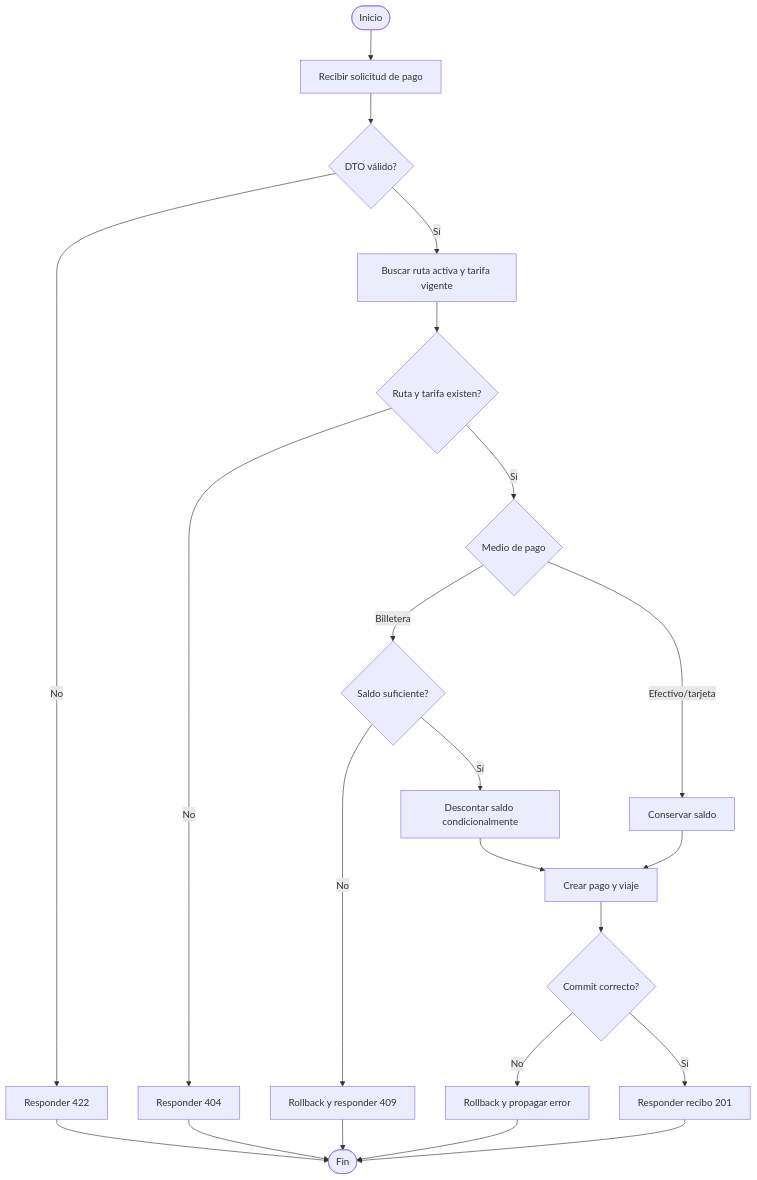
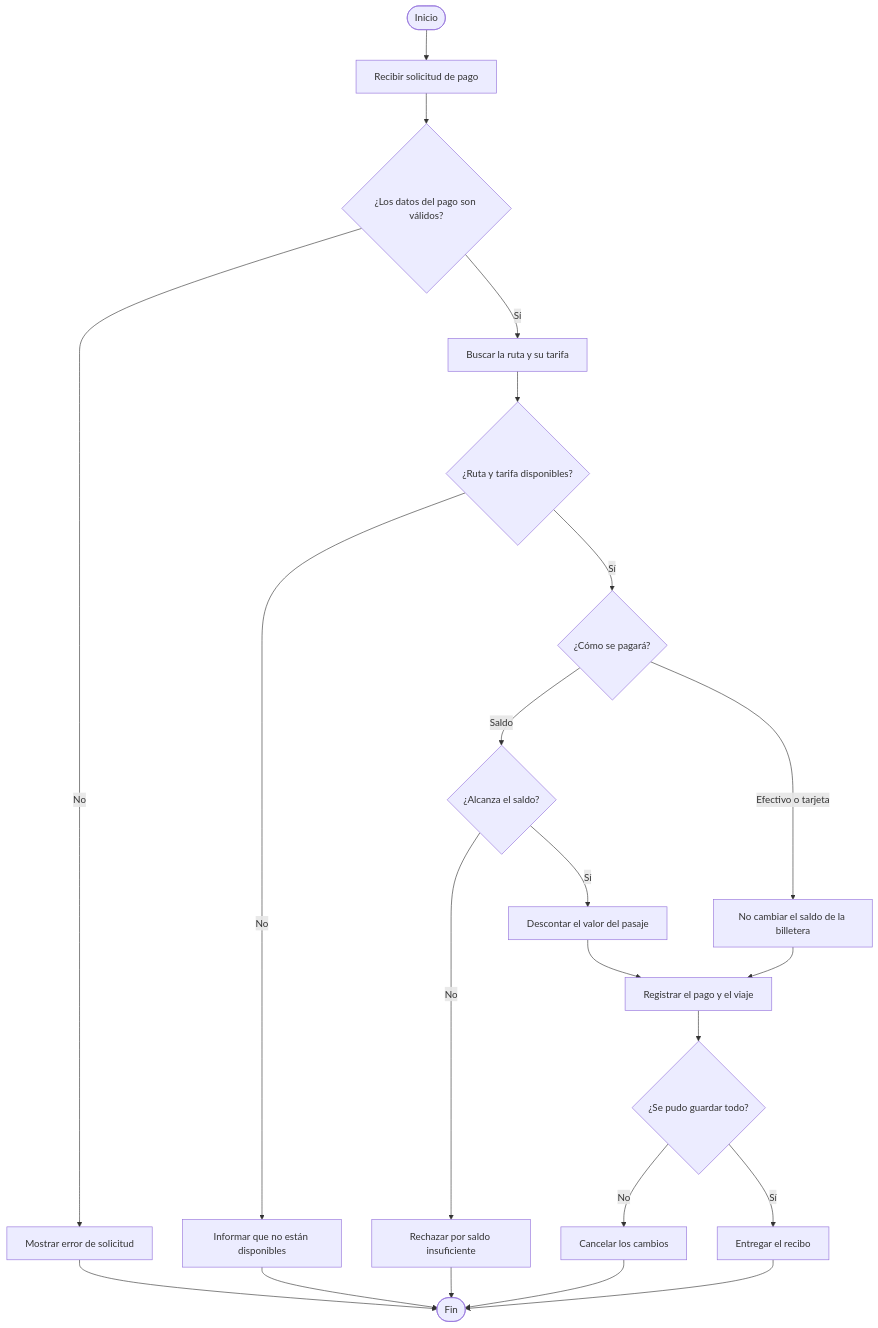
The third of 4 diagrams in backend/docs/uml_mvc_y_entregables.md (zNicolasDev/QrPass), drawn with Mermaid before and after one commit. The commit also changed other lines of this file, not shown here.

First line of the commit message:
Simplifica los diagramas UML para la documentación

````diff
--- a/backend/docs/uml_mvc_y_entregables.md
+++ b/backend/docs/uml_mvc_y_entregables.md
@@ -96,24 +91,24 @@
 ```mermaid
 flowchart TD
     A([Inicio]) --> B[Recibir solicitud de pago]
-    B --> C{DTO válido?}
-    C -- No --> X[Responder 422]
-    C -- Sí --> D[Buscar ruta activa y tarifa vigente]
-    D --> E{Ruta y tarifa existen?}
-    E -- No --> Y[Responder 404]
-    E -- Sí --> F{Medio de pago}
-    F -- Billetera --> G{Saldo suficiente?}
-    G -- No --> Z[Rollback y responder 409]
-    G -- Sí --> H[Descontar saldo condicionalmente]
-    F -- Efectivo/tarjeta --> I[Conservar saldo]
-    H --> J[Crear pago y viaje]
+    B --> C{¿Los datos del pago son válidos?}
+    C -- No --> X[Mostrar error de solicitud]
+    C -- Sí --> D[Buscar la ruta y su tarifa]
+    D --> E{¿Ruta y tarifa disponibles?}
+    E -- No --> Y[Informar que no están disponibles]
+    E -- Sí --> F{¿Cómo se pagará?}
+    F -- Saldo --> G{¿Alcanza el saldo?}
+    G -- No --> Z[Rechazar por saldo insuficiente]
+    G -- Sí --> H[Descontar el valor del pasaje]
+    F -- Efectivo o tarjeta --> I[No cambiar el saldo de la billetera]
+    H --> J[Registrar el pago y el viaje]
     I --> J
-    J --> K{Commit correcto?}
-    K -- No --> L[Rollback y propagar error]
-    K -- Sí --> M[Responder recibo 201]
+    J --> K{¿Se pudo guardar todo?}
+    K -- No --> L[Cancelar los cambios]
+    K -- Sí --> M[Entregar el recibo]
     X --> N([Fin])
     Y --> N
     Z --> N
     L --> N
     M --> N
 ```
````
